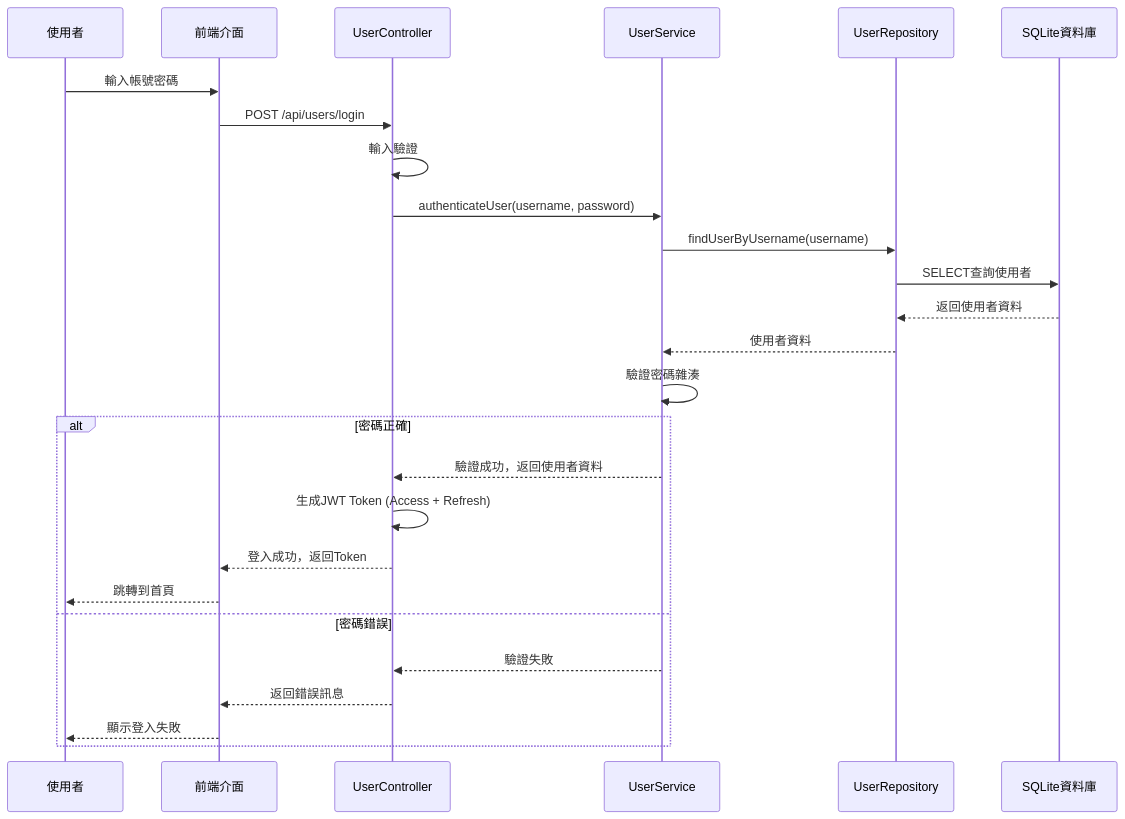
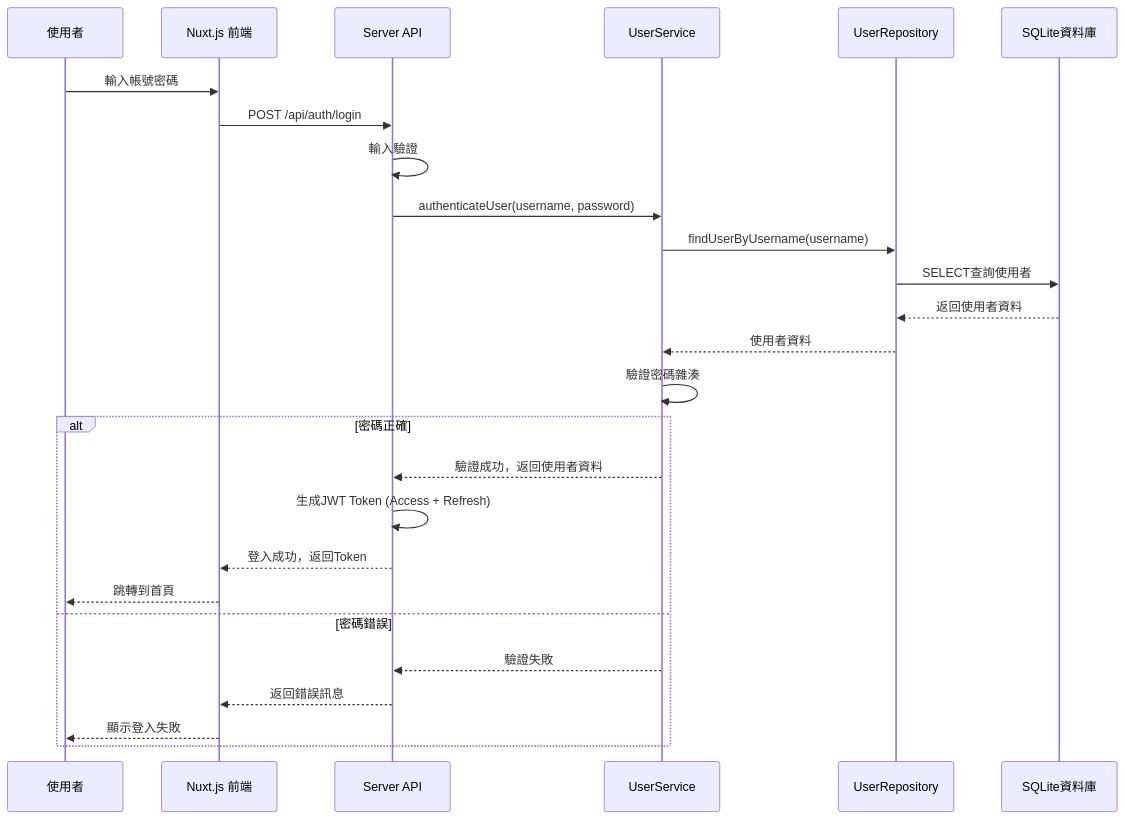
One commit to ayugioh2003/ooad-ai changed the second of 8 diagrams in aotter-wow-system/docs/sequence-diagram.md. Above: the diagram before and after it, drawn with Mermaid. The commit also changed other lines of this file and 3 other files, not shown here.

First line of the commit message:
Refactor architecture documentation to reflect Nuxt.js integration and update class and sequence diagrams for API handlers

````diff
--- a/aotter-wow-system/docs/sequence-diagram.md
+++ b/aotter-wow-system/docs/sequence-diagram.md
@@ -44,29 +44,29 @@
 ```mermaid
 sequenceDiagram
     participant User as 使用者
-    participant UI as 前端介面
-    participant UC as UserController
+    participant UI as Nuxt.js 前端
+    participant API as Server API
     participant US as UserService
     participant UR as UserRepository
     participant DB as SQLite資料庫
 
     User->>UI: 輸入帳號密碼
-    UI->>UC: POST /api/users/login
-    UC->>UC: 輸入驗證
-    UC->>US: authenticateUser(username, password)
+    UI->>API: POST /api/auth/login
+    API->>API: 輸入驗證
+    API->>US: authenticateUser(username, password)
     US->>UR: findUserByUsername(username)
     UR->>DB: SELECT查詢使用者
     DB-->>UR: 返回使用者資料
     UR-->>US: 使用者資料
     US->>US: 驗證密碼雜湊
     alt 密碼正確
-        US-->>UC: 驗證成功，返回使用者資料
-        UC->>UC: 生成JWT Token (Access + Refresh)
-        UC-->>UI: 登入成功，返回Token
+        US-->>API: 驗證成功，返回使用者資料
+        API->>API: 生成JWT Token (Access + Refresh)
+        API-->>UI: 登入成功，返回Token
         UI-->>User: 跳轉到首頁
     else 密碼錯誤
-        US-->>UC: 驗證失敗
-        UC-->>UI: 返回錯誤訊息
+        US-->>API: 驗證失敗
+        API-->>UI: 返回錯誤訊息
         UI-->>User: 顯示登入失敗
     end
 ```
````
